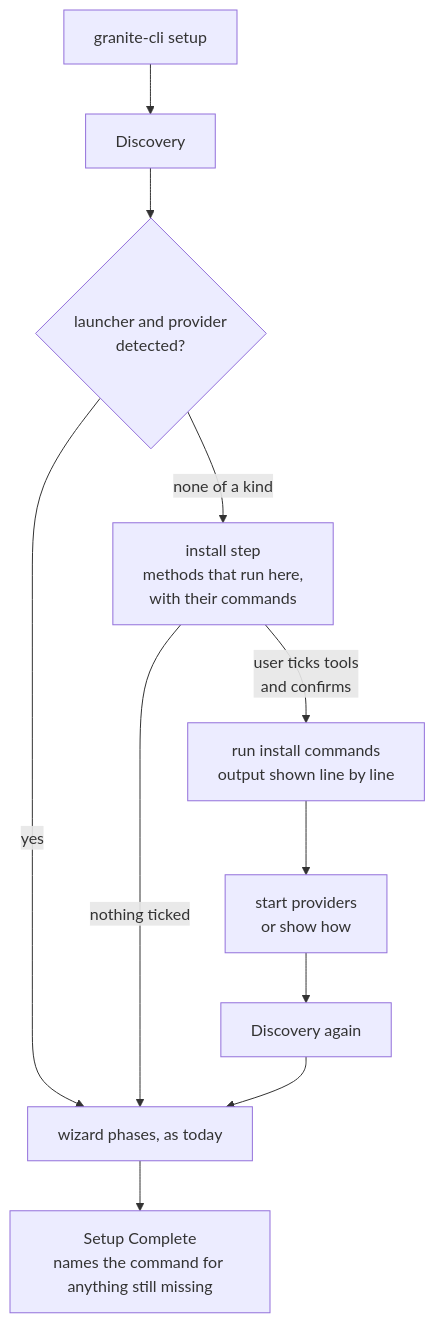
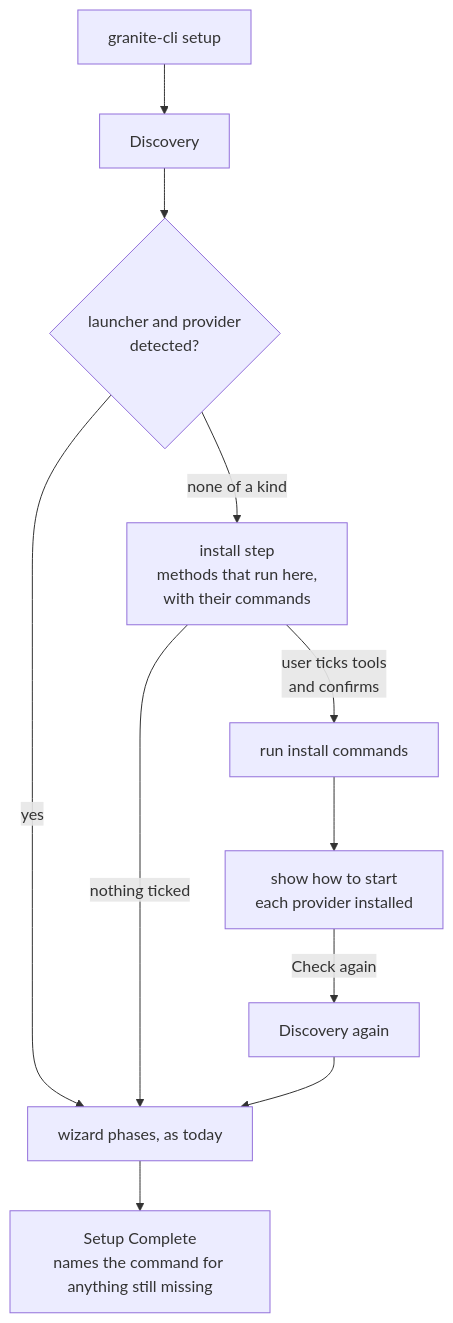
One commit to afrittoli/granite-cli changed the second of 4 diagrams in docs/specs/0028-from-scratch-setup.md. Above: the diagram before and after it, drawn with Mermaid. The commit also changed other lines of this file, not shown here.

````diff
--- a/docs/specs/0028-from-scratch-setup.md
+++ b/docs/specs/0028-from-scratch-setup.md
@@ -168,13 +178,13 @@
 ```mermaid
 flowchart TD
   start["granite-cli setup"] --> disc["Discovery"]
   disc --> found{"launcher and provider<br/>detected?"}
   found -- "yes" --> wiz["wizard phases, as today"]
   found -- "none of a kind" --> offer["install step<br/>methods that run here,<br/>with their commands"]
-  offer -- "user ticks tools<br/>and confirms" --> run["run install commands<br/>output shown line by line"]
+  offer -- "user ticks tools<br/>and confirms" --> run["run install commands"]
   offer -- "nothing ticked" --> wiz
-  run --> start2["start providers<br/>or show how"]
-  start2 --> redisc["Discovery again"]
+  run --> howto["show how to start<br/>each provider installed"]
+  howto -- "Check again" --> redisc["Discovery again"]
   redisc --> wiz
   wiz --> sum["Setup Complete<br/>names the command for anything still missing"]
 ```
````
